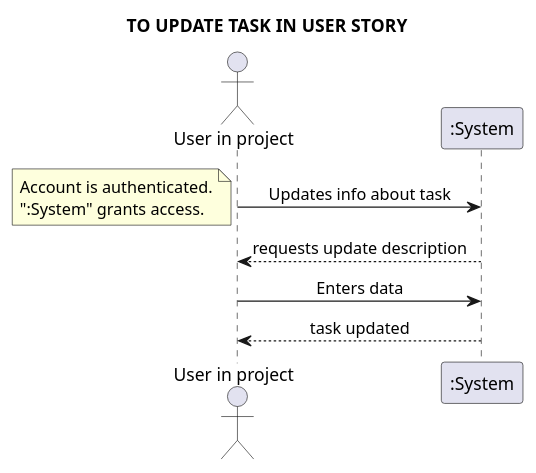
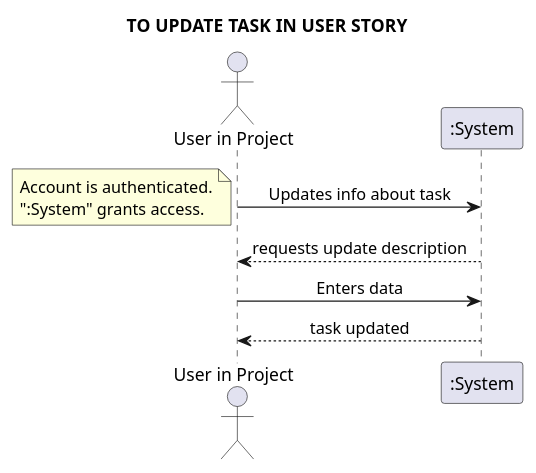
Diagram 18 of 26 in docs/requirements_gathering/system_sequence_diagrams/System_Sequence_Diagram.puml (Loracline/project_switch_22-23), drawn with PlantUML before and after one commit. The commit also changed other lines of this file and 11 other files, not shown here.

```diff
--- a/docs/requirements_gathering/system_sequence_diagrams/System_Sequence_Diagram.puml
+++ b/docs/requirements_gathering/system_sequence_diagrams/System_Sequence_Diagram.puml
@@ -276,13 +276,13 @@
 @startuml
 skinparam sequenceMessageAlign center
 title TO UPDATE TASK IN USER STORY
-actor "User in project" as UIP
+actor "User in Project" as UIP
 UIP -> ":System": Updates info about task
 note left
 Account is authenticated.
 ":System" grants access.
 end note
 UIP <-- ":System": requests update description
 UIP -> ":System": Enters data
 UIP <-- ":System": task updated
 @enduml
```
